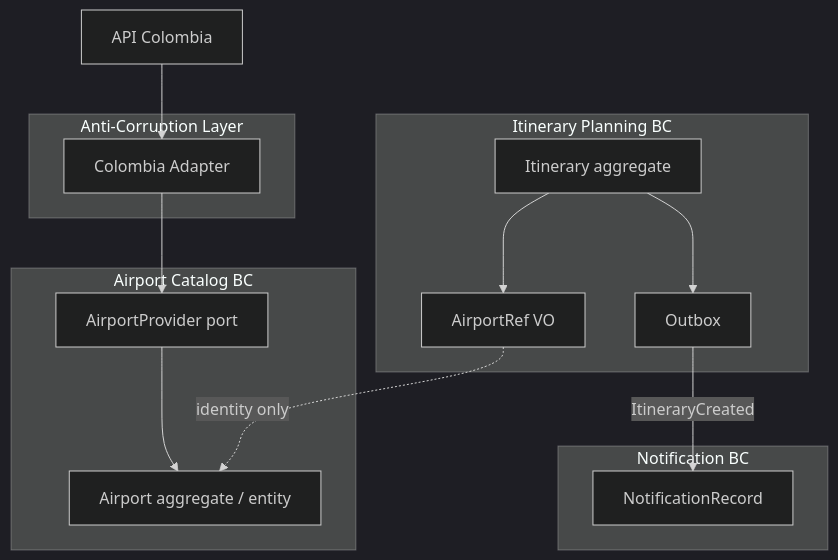
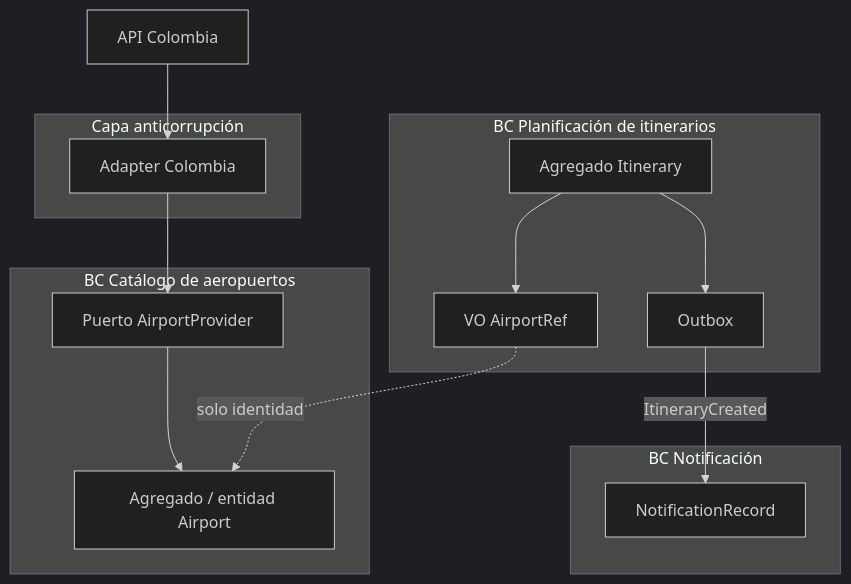
One commit to bue221/proyecto-arquitectura-software-emergente changed the diagram in wiki/Diagrams-bounded-contexts.md. Above: the diagram before and after it, drawn with Mermaid (dark theme). The commit also changed other lines of this file and 38 other files, not shown here.

````diff
--- a/wiki/Diagrams-bounded-contexts.md
+++ b/wiki/Diagrams-bounded-contexts.md
@@ -8,29 +8,29 @@
 ```mermaid
 flowchart TB
-  subgraph ACL [Anti-Corruption Layer]
-    ADP[Colombia Adapter]
+  subgraph ACL [Capa anticorrupción]
+    ADP[Adapter Colombia]
   end
 
-  subgraph CAT [Airport Catalog BC]
-    A1[Airport aggregate / entity]
-    P1[AirportProvider port]
+  subgraph CAT [BC Catálogo de aeropuertos]
+    A1[Agregado / entidad Airport]
+    P1[Puerto AirportProvider]
   end
 
-  subgraph PLAN [Itinerary Planning BC]
-    I1[Itinerary aggregate]
-    REF[AirportRef VO]
+  subgraph PLAN [BC Planificación de itinerarios]
+    I1[Agregado Itinerary]
+    REF[VO AirportRef]
     OB[Outbox]
   end
 
-  subgraph NOTIF [Notification BC]
+  subgraph NOTIF [BC Notificación]
     N1[NotificationRecord]
   end
 
   EXT[API Colombia] --> ADP
   ADP --> P1
   P1 --> A1
   I1 --> REF
-  REF -.->|identity only| A1
+  REF -.->|solo identidad| A1
   I1 --> OB
   OB -->|ItineraryCreated| N1
 ```
````
